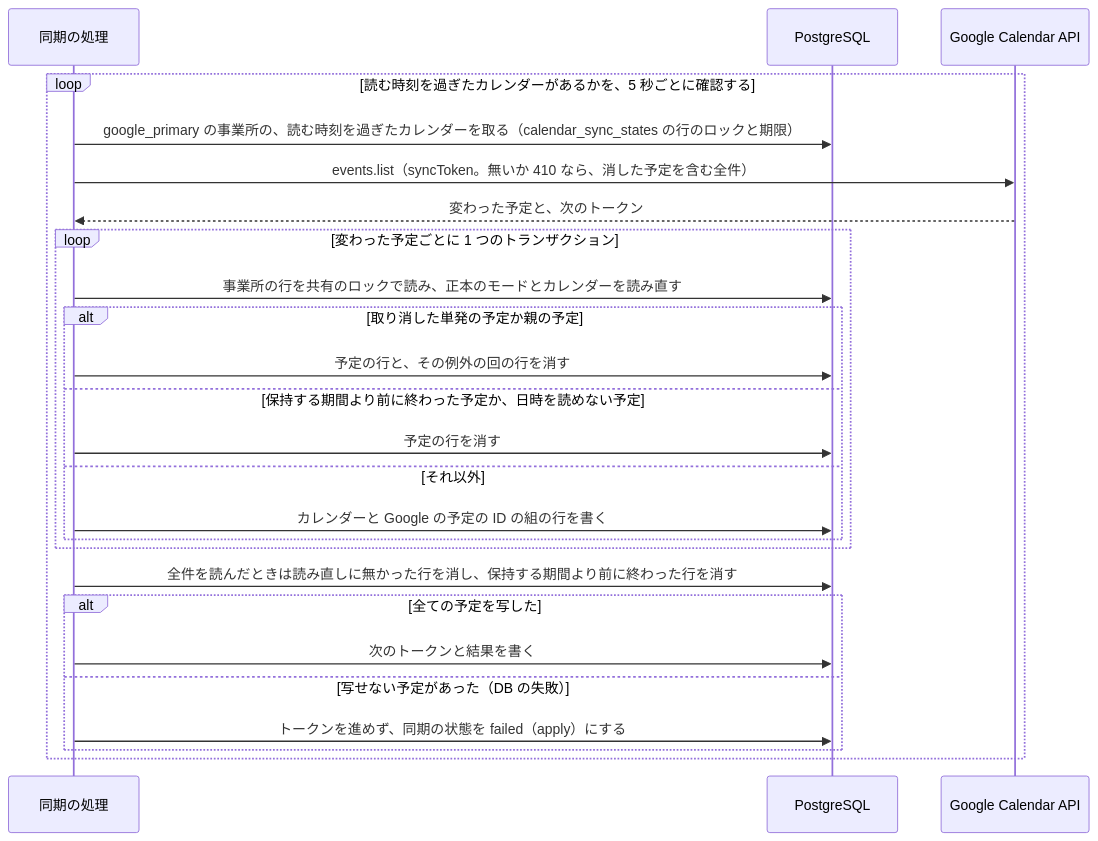
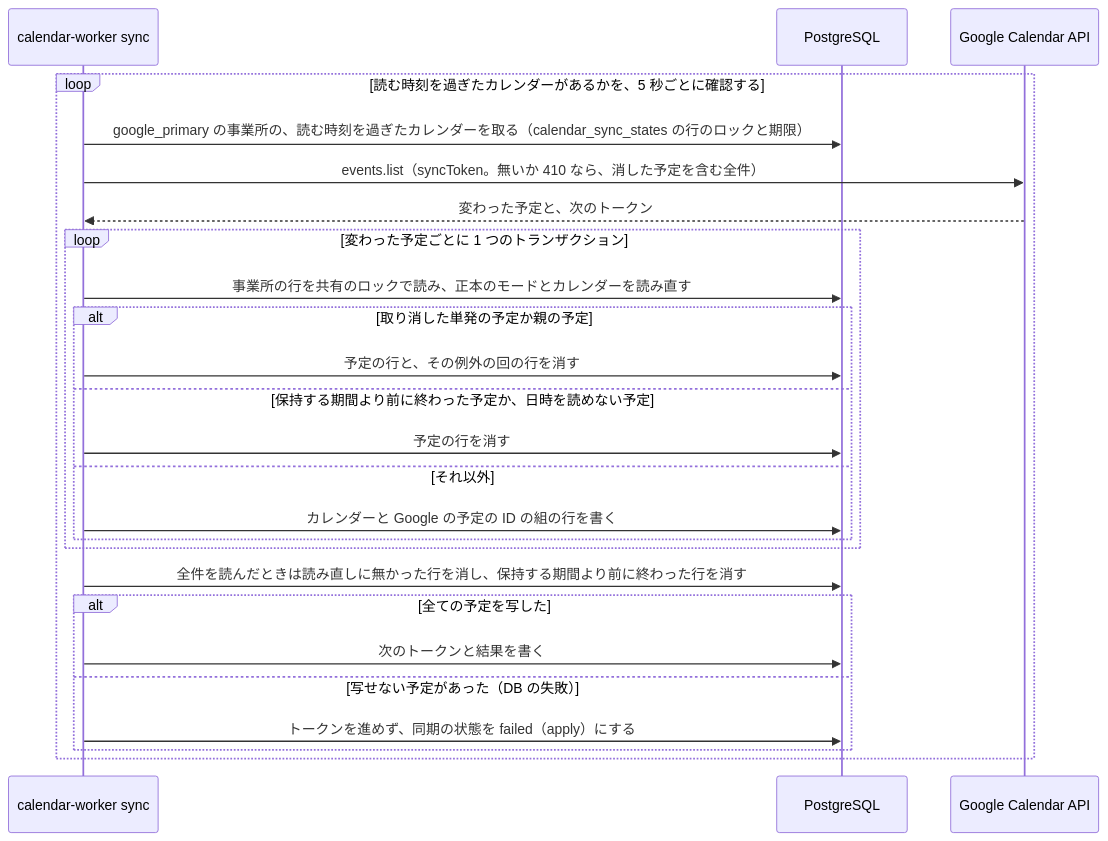
One commit to Fukuemon/buddy changed the fourth of 6 diagrams in services/schedule/internal/features/calendar/DesignDoc.md. Above: the diagram before and after it, drawn with Mermaid. The commit also changed other lines of this file, not shown here.

Commit message:
docs(calendar): 連携の Design Doc の親を 1 文にし、図を calendar-worker にする #692

````diff
--- a/services/schedule/internal/features/calendar/DesignDoc.md
+++ b/services/schedule/internal/features/calendar/DesignDoc.md
@@ -507,27 +535,27 @@
 ```mermaid
 sequenceDiagram
-  participant s as 同期の処理
+  participant s as calendar-worker sync
   participant db as PostgreSQL
   participant g as Google Calendar API
   loop 読む時刻を過ぎたカレンダーがあるかを、5 秒ごとに確認する
     s->>db: google_primary の事業所の、読む時刻を過ぎたカレンダーを取る（calendar_sync_states の行のロックと期限）
     s->>g: events.list（syncToken。無いか 410 なら、消した予定を含む全件）
     g-->>s: 変わった予定と、次のトークン
     loop 変わった予定ごとに 1 つのトランザクション
       s->>db: 事業所の行を共有のロックで読み、正本のモードとカレンダーを読み直す
       alt 取り消した単発の予定か親の予定
         s->>db: 予定の行と、その例外の回の行を消す
       else 保持する期間より前に終わった予定か、日時を読めない予定
         s->>db: 予定の行を消す
       else それ以外
         s->>db: カレンダーと Google の予定の ID の組の行を書く
       end
     end
     s->>db: 全件を読んだときは読み直しに無かった行を消し、保持する期間より前に終わった行を消す
     alt 全ての予定を写した
       s->>db: 次のトークンと結果を書く
     else 写せない予定があった（DB の失敗）
       s->>db: トークンを進めず、同期の状態を failed（apply）にする
     end
   end
 ```
````
